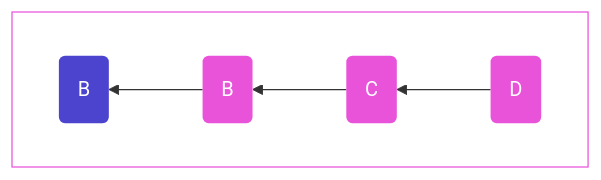
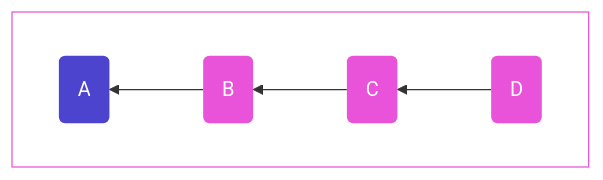
The first of 2 diagrams in 009.md (ssbc/sips), drawn with Mermaid before and after one commit. The commit also changed other lines of this file, not shown here.

Commit message:
typo fix

````diff
--- a/009.md
+++ b/009.md
@@ -94,13 +94,13 @@
 ```mermaid
 flowchart RL
-A(B):::root;B(B);C(C);D(D);
+A(A):::root;B(B);C(C);D(D);
 
 subgraph "feed"
   direction RL
 D-->C-->B-->A
 end
 
 classDef default fill: #e953da, stroke-width: 0, color: white
 classDef root fill: #4c44cf, stroke-width: 0, color: white
 classDef cluster stroke:#e953da,fill:none;
 ```
````
